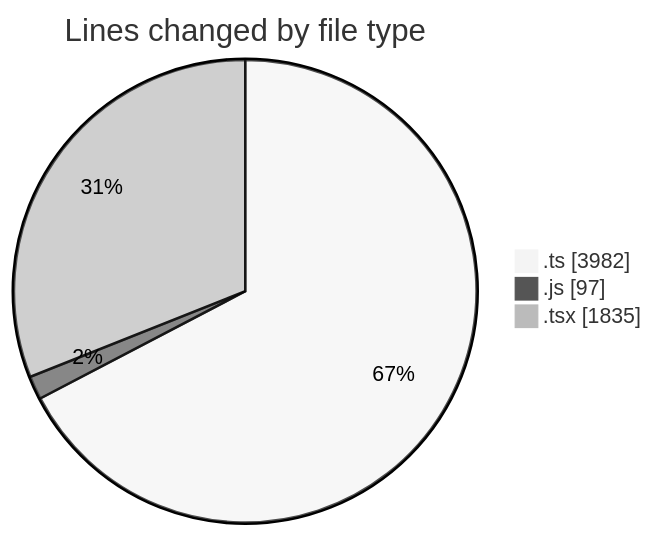
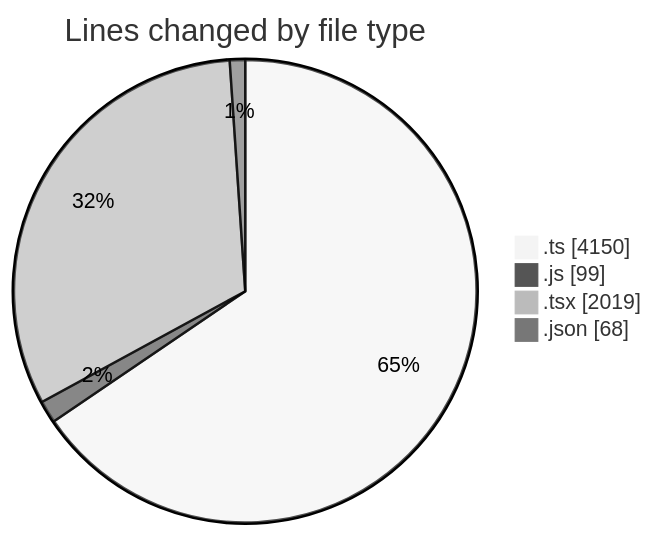
One commit to momahboobian/code-tracking changed the first of 2 diagrams in 2026-09-14/cda/README.md. Above: the diagram before and after it, drawn with Mermaid (neutral theme). The commit also changed other lines of this file and 1 other file, not shown here.

````diff
--- a/2026-09-14/cda/README.md
+++ b/2026-09-14/cda/README.md
@@ -43,7 +45,8 @@
 ```mermaid
 pie showData
 title Lines changed by file type
-".ts" : 3982
-".js" : 97
-".tsx" : 1835
+".ts" : 4150
+".js" : 99
+".tsx" : 2019
+".json" : 68
 ```
````
